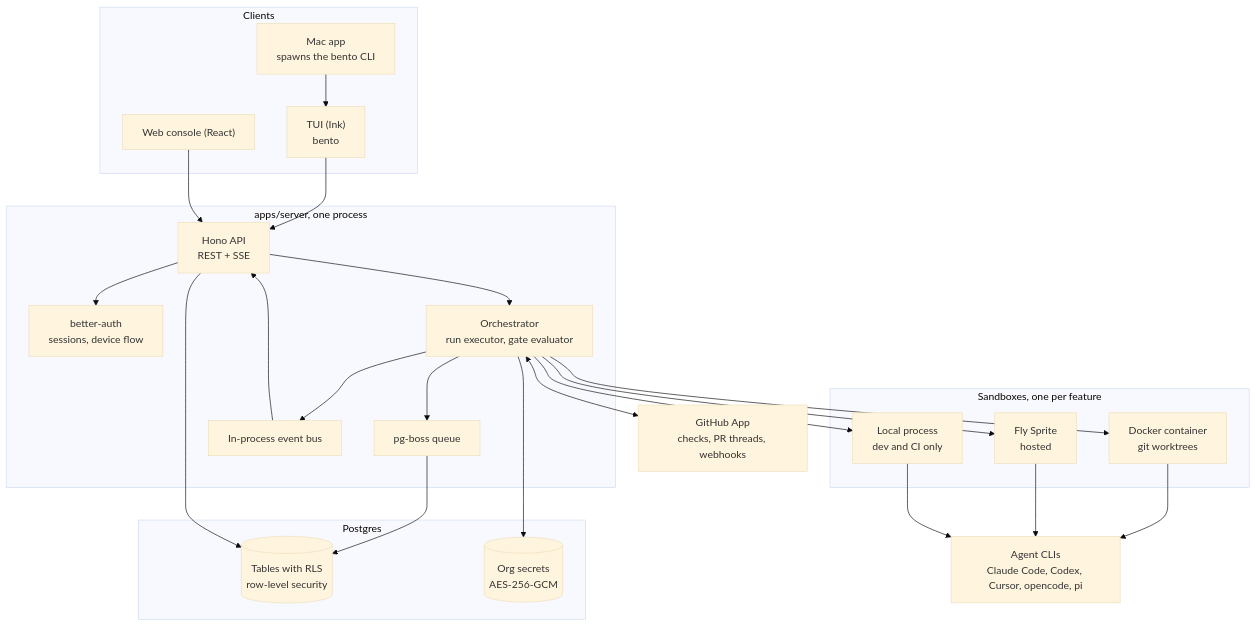
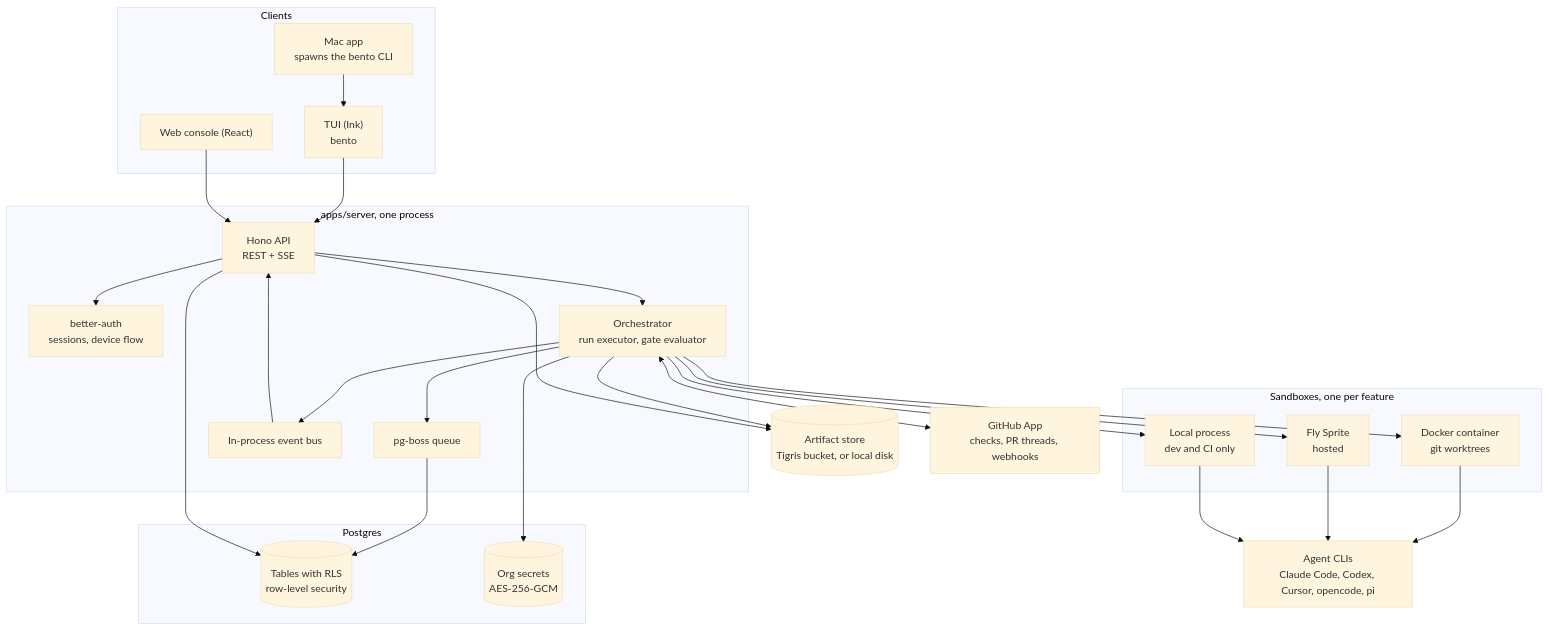
The first of 4 diagrams in docs/architecture.md (danielpang/bento), drawn with Mermaid (base theme) before and after one commit. The commit also changed other lines of this file and 35 other files, not shown here.

````diff
--- a/docs/architecture.md
+++ b/docs/architecture.md
@@ -9,49 +9,53 @@
 ```mermaid
 flowchart TB
     subgraph clients [Clients]
         tui["TUI (Ink)<br/>bento"]
         web["Web console (React)"]
         mac["Mac app<br/>spawns the bento CLI"]
     end
 
     subgraph server [apps/server, one process]
         api["Hono API<br/>REST + SSE"]
         auth["better-auth<br/>sessions, device flow"]
         orch["Orchestrator<br/>run executor, gate evaluator"]
         queue["pg-boss queue"]
         bus["In-process event bus"]
     end
 
     subgraph data [Postgres]
         db[("Tables with RLS<br/>row-level security")]
         secrets[("Org secrets<br/>AES-256-GCM")]
     end
+
+    store[("Artifact store<br/>Tigris bucket, or local disk")]
 
     subgraph sandboxes [Sandboxes, one per feature]
         docker["Docker container<br/>git worktrees"]
         sprite["Fly Sprite<br/>hosted"]
         localproc["Local process<br/>dev and CI only"]
     end
 
     agents["Agent CLIs<br/>Claude Code, Codex, Cursor, opencode, pi"]
     github["GitHub App<br/>checks, PR threads, webhooks"]
 
     tui --> api
     web --> api
     mac --> tui
     api --> auth
     api --> orch
     orch --> queue
     queue --> db
     api --> db
     orch --> secrets
     orch --> docker
     orch --> sprite
     orch --> localproc
     docker --> agents
     sprite --> agents
     localproc --> agents
     orch <--> github
     orch --> bus
     bus --> api
+    orch --> store
+    api --> store
 ```
````
